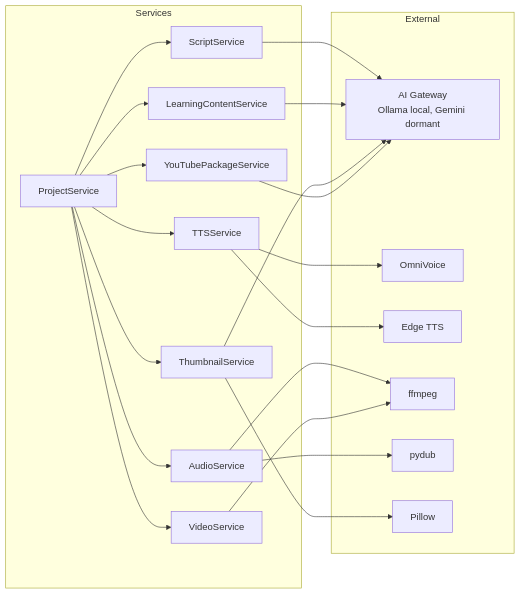
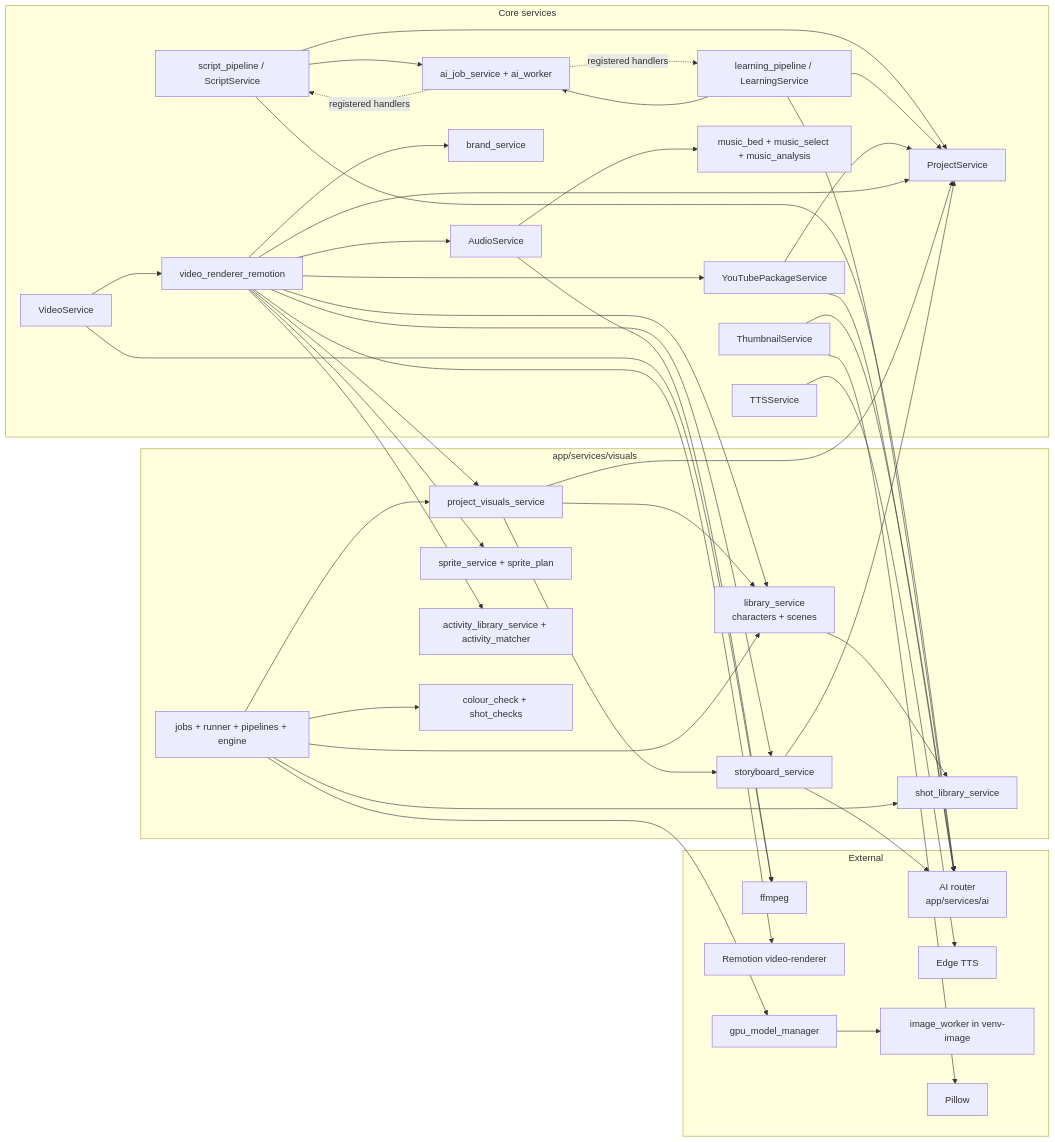
The third of 3 diagrams in .viepilot/ARCHITECTURE.md (danghoangsqtt-sys/dailyintelenglish), drawn with Mermaid before and after one commit. The commit also changed other lines of this file and 5 other files, not shown here.

First line of the commit message:
docs(architecture): refresh ARCHITECTURE, diagrams, PROJECT-META and API reference (Task 34.4, ENH-025)

````diff
--- a/.viepilot/ARCHITECTURE.md
+++ b/.viepilot/ARCHITECTURE.md
@@ -176,31 +181,52 @@
 ```mermaid
 graph LR
-    subgraph Services
-        SS[ScriptService]
-        LCS[LearningContentService]
+    subgraph Core["Core services"]
+        PS[ProjectService]
+        SP[script_pipeline / ScriptService]
+        LP[learning_pipeline / LearningService]
+        AJ[ai_job_service + ai_worker]
         TS[TTSService]
         AS[AudioService]
+        MB[music_bed + music_select + music_analysis]
         VS[VideoService]
+        RR[video_renderer_remotion]
+        BR[brand_service]
         THS[ThumbnailService]
         YTS[YouTubePackageService]
-        PS[ProjectService]
+    end
+
+    subgraph Visuals["app/services/visuals"]
+        LS[library_service\ncharacters + scenes]
+        PV[project_visuals_service]
+        SB[storyboard_service]
+        SL[shot_library_service]
+        SPR[sprite_service + sprite_plan]
+        ACT[activity_library_service + activity_matcher]
+        IJ[jobs + runner + pipelines + engine]
+        CHK[colour_check + shot_checks]
     end
 
     subgraph External
-        GEM[AI Gateway\nOllama local, Gemini dormant]
-        OV[OmniVoice]
+        GW[AI router\napp/services/ai]
         ET[Edge TTS]
         FF[ffmpeg]
-        PD[pydub]
+        REM[Remotion video-renderer]
+        GPU[gpu_model_manager]
+        IW[image_worker in venv-image]
         PI[Pillow]
     end
 
-    SS --> GEM
-    LCS --> GEM
-    TS --> OV & ET
-    AS --> FF & PD
-    VS --> FF
-    THS --> GEM & PI
-    YTS --> GEM
-    PS --> SS & LCS & TS & AS & VS & THS & YTS
+    SP & LP & THS & YTS & SB --> GW
+    AJ -. registered handlers .-> SP & LP
+    SP & LP --> AJ
+    TS --> ET
+    AS --> FF & MB
+    VS --> FF & RR
+    RR --> REM & AS & BR & YTS & PV & SB & SPR & ACT & LS
+    PV --> LS & SB
+    LS --> SL
+    IJ --> PV & LS & SL & CHK
+    IJ --> GPU --> IW
+    THS --> PI
+    SP & LP & YTS & RR & PV & SB --> PS
 ```
````
